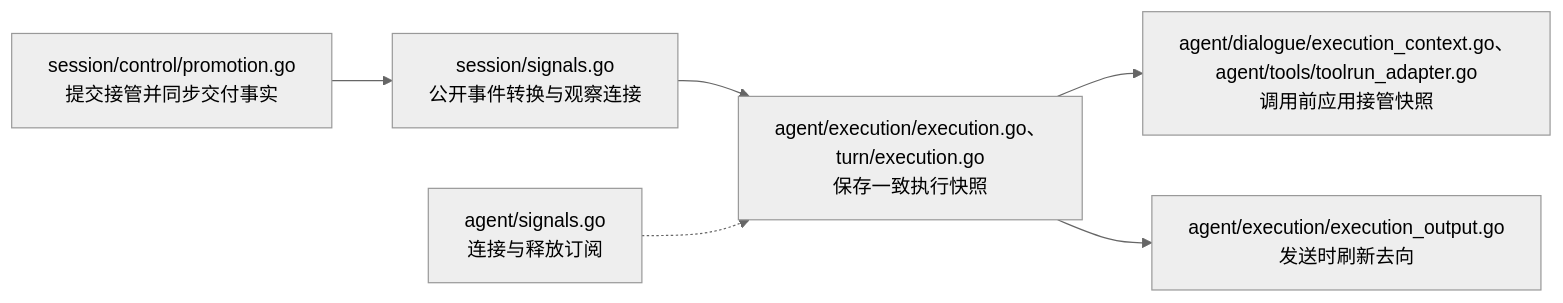
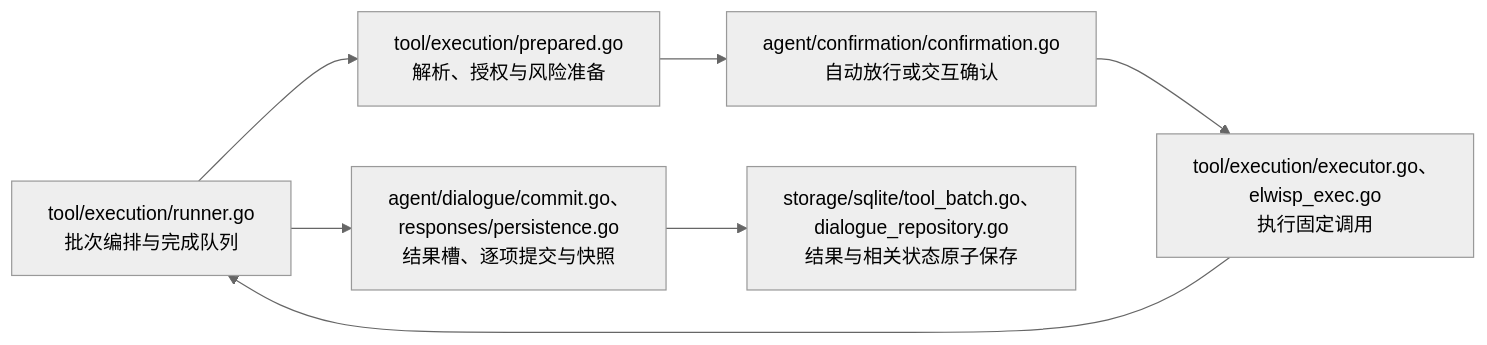
One commit to Elflare/elbot changed the third of 3 diagrams in devdocs/architecture.md. Above: the diagram before and after it, drawn with Mermaid (neutral theme). The commit also changed other lines of this file and 3 other files, not shown here.

````diff
--- a/devdocs/architecture.md
+++ b/devdocs/architecture.md
@@ -561,8 +158,9 @@
 ```mermaid
 flowchart LR
-    S["session/control/promotion.go<br/>提交接管并同步交付事实"] --> R["session/signals.go<br/>公开事件转换与观察连接"]
-    R --> E["agent/execution/execution.go、turn/execution.go<br/>保存一致执行快照"]
-    W["agent/signals.go<br/>连接与释放订阅"] -.-> E
-    E --> T["agent/dialogue/execution_context.go、agent/tools/toolrun_adapter.go<br/>调用前应用接管快照"]
-    E --> O["agent/execution/execution_output.go<br/>发送时刷新去向"]
+    R["tool/execution/runner.go<br/>批次编排与完成队列"] --> P["tool/execution/prepared.go<br/>解析、授权与风险准备"]
+    P --> Q["agent/confirmation/confirmation.go<br/>自动放行或交互确认"]
+    Q --> E["tool/execution/executor.go、elwisp_exec.go<br/>执行固定调用"]
+    E --> R
+    R --> C["agent/dialogue/commit.go、responses/persistence.go<br/>结果槽、逐项提交与快照"]
+    C --> S["storage/sqlite/tool_batch.go、dialogue_repository.go<br/>结果与相关状态原子保存"]
 ```
````
